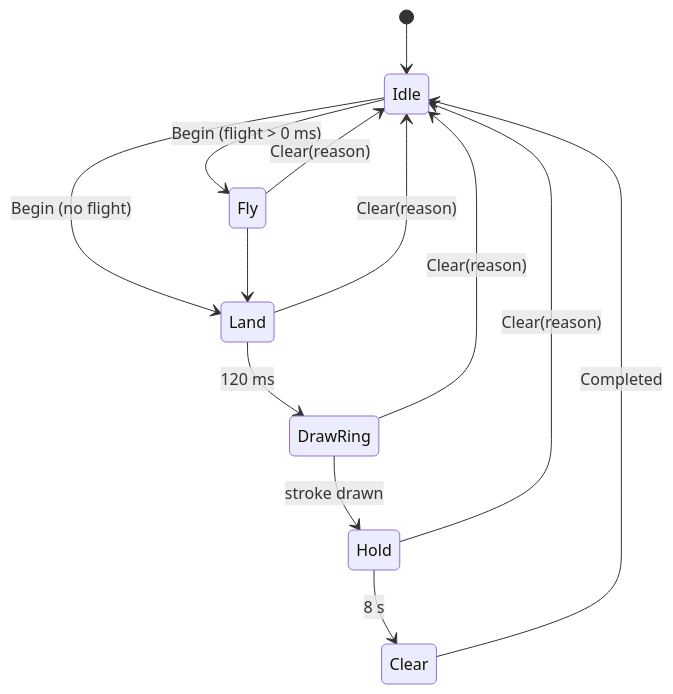
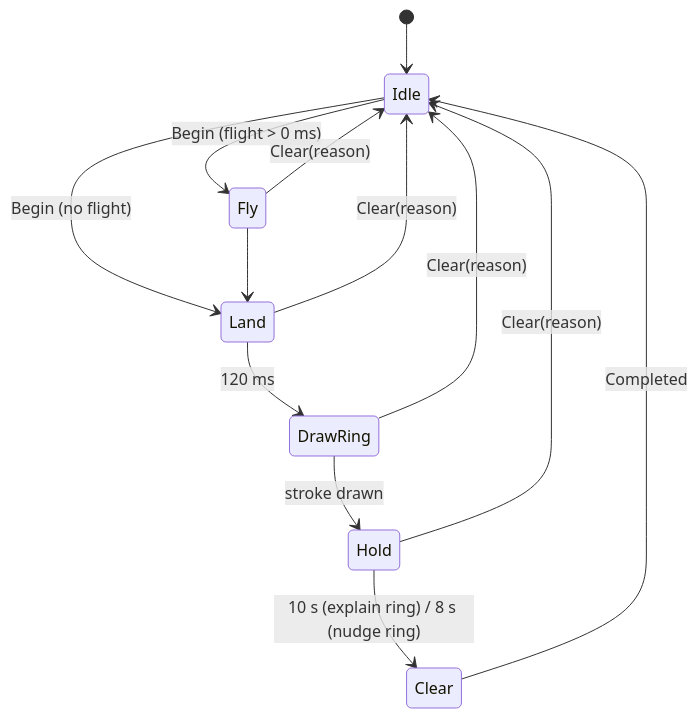
The seventh of 7 diagrams in docs/architecture/notch-lifecycle.md (vikas53953/bluey), drawn with Mermaid before and after one commit. The commit also changed other lines of this file and 1 other file, not shown here.

````diff
--- a/docs/architecture/notch-lifecycle.md
+++ b/docs/architecture/notch-lifecycle.md
@@ -295,15 +297,15 @@
 ```mermaid
 stateDiagram-v2
   [*] --> Idle
   Idle --> Fly: Begin (flight > 0 ms)
   Idle --> Land: Begin (no flight)
   Fly --> Land
   Land --> DrawRing: 120 ms
   DrawRing --> Hold: stroke drawn
-  Hold --> Clear: 8 s
+  Hold --> Clear: 10 s (explain ring) / 8 s (nudge ring)
   Clear --> Idle: Completed
   Fly --> Idle: Clear(reason)
   Land --> Idle: Clear(reason)
   DrawRing --> Idle: Clear(reason)
   Hold --> Idle: Clear(reason)
 ```
````
